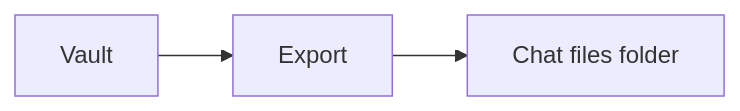
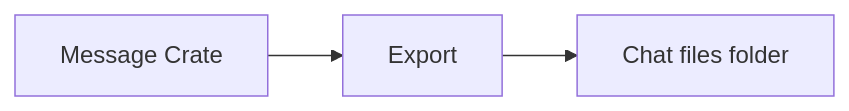
Before and after one commit to bitrealm-io/message-vault: the second of 2 diagrams in docs/src/content/docs/docs/developer/message-transfer.md, drawn with Mermaid. The commit also changed other lines of this file and 212 other files, not shown here.

First line of the commit message:
docs: call the product Message Crate in every sentence people read (#933)

````diff
--- a/docs/src/content/docs/docs/developer/message-transfer.md
+++ b/docs/src/content/docs/docs/developer/message-transfer.md
@@ -28,5 +28,5 @@
 ```mermaid
 flowchart LR
-  vault[Vault] --> export[Export]
+  server[Message Crate] --> export[Export]
   export --> folder[Chat files folder]
 ```
````
